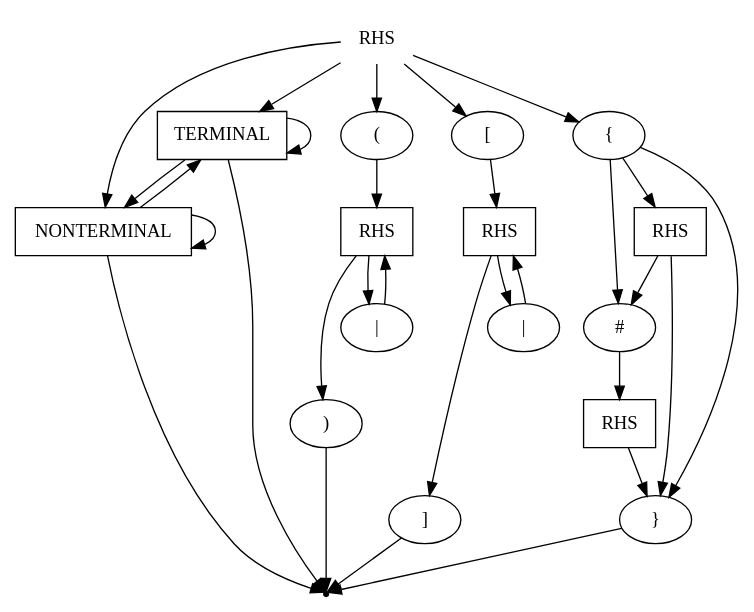
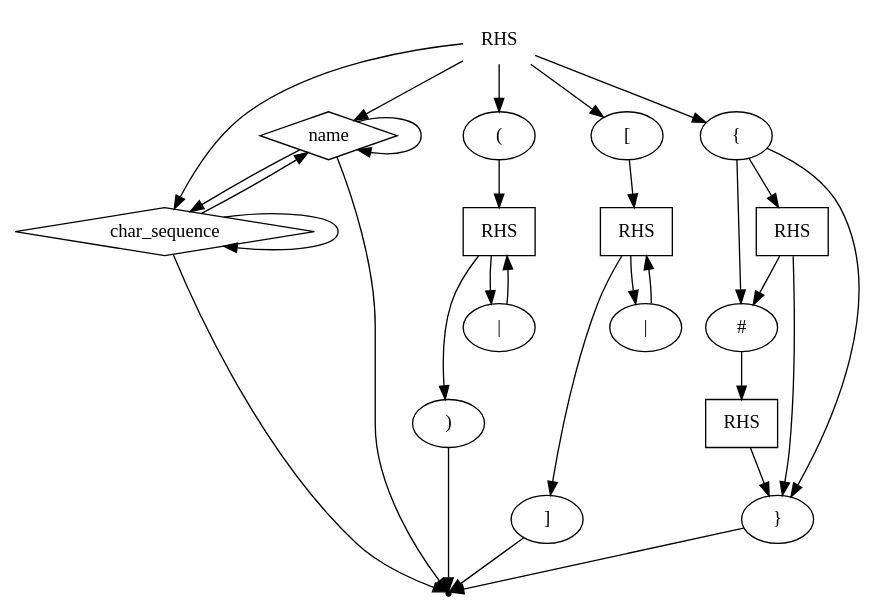
The diagram in _examples/rbnf/rhs.gv (aVorotnikov/dsl_generator), drawn with Graphviz before and after one commit. The commit also changed 3 other files, not shown here.

Commit message:
Remove TERMINAL and NONTERMINAL terminals

```diff
--- a/_examples/rbnf/rhs.gv
+++ b/_examples/rbnf/rhs.gv
@@ -1,48 +1,48 @@
 digraph RHS {
     start [label=RHS shape=plaintext]
-    A [label=TERMINAL shape=box]
-    B [label=NONTERMINAL shape=box]
+    A [label=name shape=diamond]
+    B [label=char_sequence shape=diamond]
     C [label="(" shape=oval]
     D [label=RHS shape=box]
     E [label=")" shape=oval]
     F [label="|" shape=oval]
     G [label="[" shape=oval]
     H [label=RHS shape=box]
     I [label="]" shape=oval]
     J [label="|" shape=oval]
     K [label="{" shape=oval]
     L [label=RHS shape=box]
     M [label="#" shape=oval]
     N [label=RHS shape=box]
     O [label="}" shape=oval]
     end [label="" shape=point]
     start -> A
     start -> B
     A -> A
     A -> B
     A -> end
     B -> A
     B -> B
     B -> end
     start -> C
     C -> D
     D -> E
     D -> F
     F -> D
     E -> end
     start -> G
     G -> H
     H -> I
     H -> J
     J -> H
     I -> end
     start -> K
     K -> L
     K -> M
     K -> O
     L -> M
     L -> O
     M -> N
     N -> O
     O -> end
 }
```
